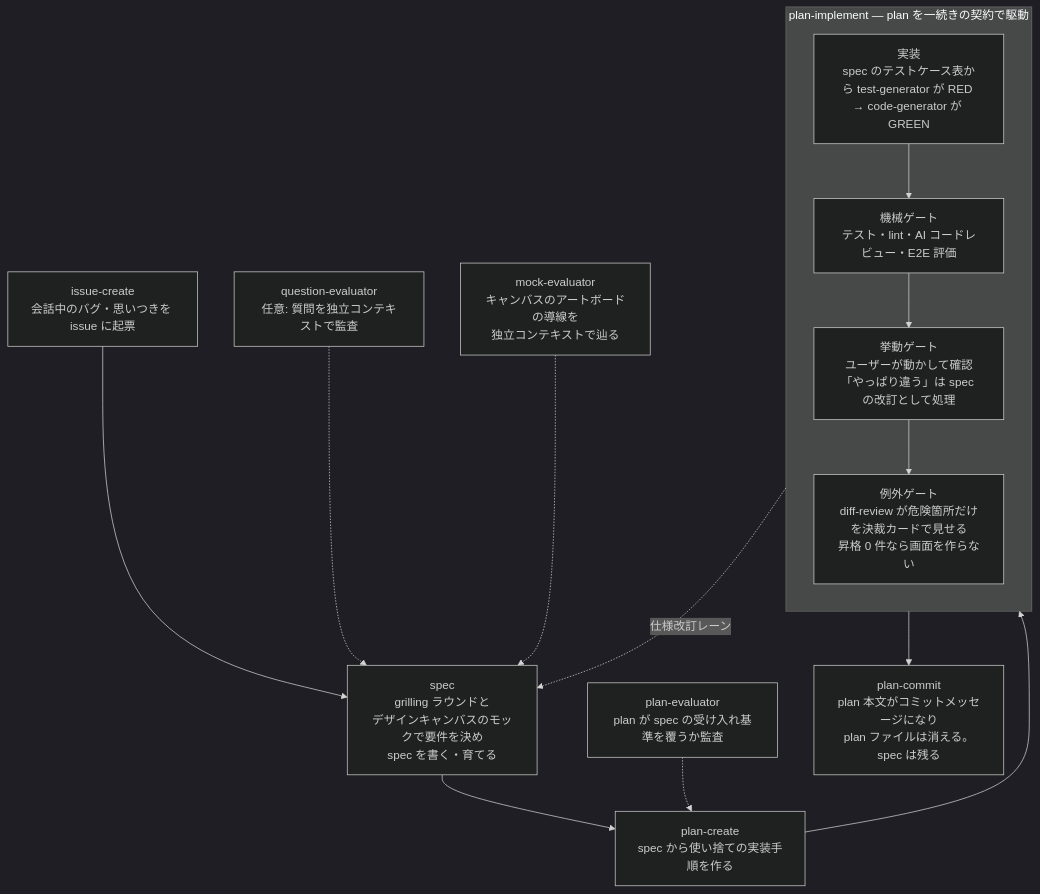
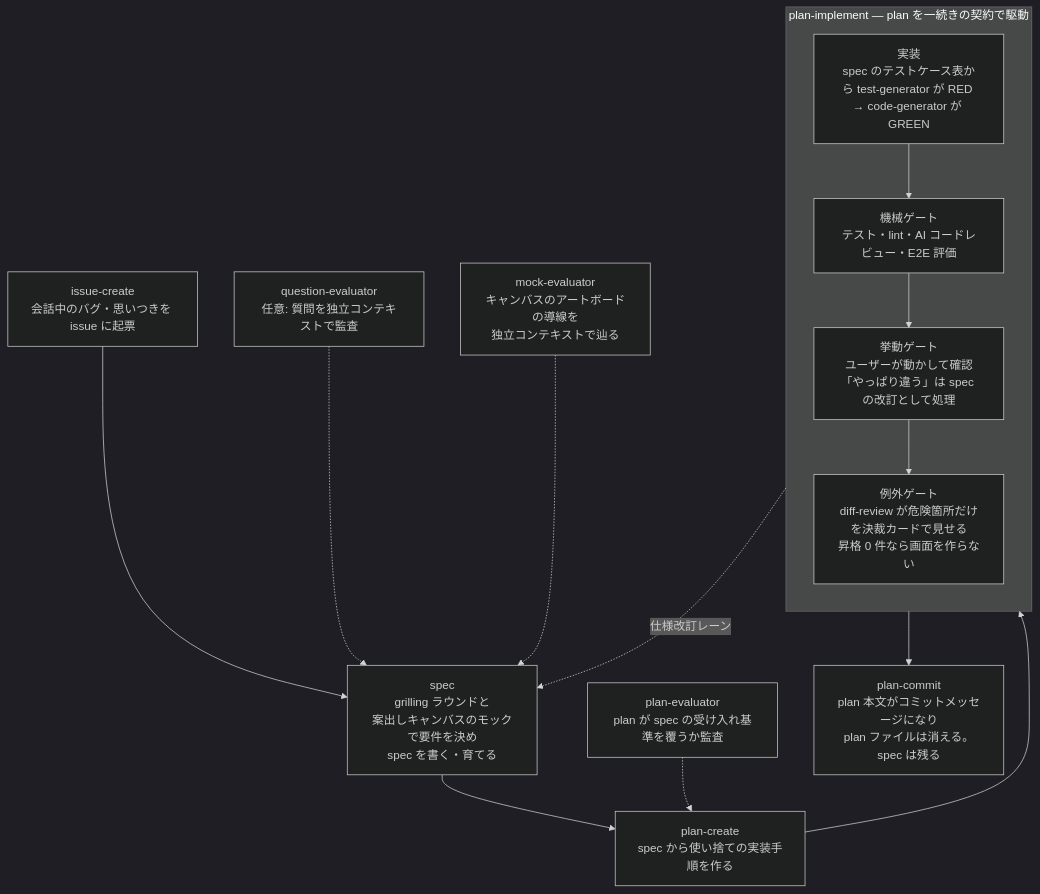
One commit to 4armsxlr8/agent-plugins changed the diagram in plugins/crystallize/README.md. Above: the diagram before and after it, drawn with Mermaid (dark theme). The commit also changed other lines of this file and 8 other files, not shown here.

````diff
--- a/plugins/crystallize/README.md
+++ b/plugins/crystallize/README.md
@@ -17,18 +17,18 @@
 ```mermaid
 flowchart TD
     I[issue-create<br>会話中のバグ・思いつきを issue に起票] --> S
-    S[spec<br>grilling ラウンドと<br>デザインキャンバスのモックで要件を決め<br>spec を書く・育てる] --> PL
+    S[spec<br>grilling ラウンドと<br>案出しキャンバスのモックで要件を決め<br>spec を書く・育てる] --> PL
     Q[question-evaluator<br>任意: 質問を独立コンテキストで監査] -.-> S
     M[mock-evaluator<br>キャンバスのアートボードの導線を<br>独立コンテキストで辿る] -.-> S
     PL[plan-create<br>spec から使い捨ての実装手順を作る] --> P
     PE[plan-evaluator<br>plan が spec の受け入れ基準を覆うか監査] -.-> PL
     subgraph P[plan-implement — plan を一続きの契約で駆動]
         direction TB
         IM[実装<br>spec のテストケース表から test-generator が RED → code-generator が GREEN] --> G1
         G1[機械ゲート<br>テスト・lint・AI コードレビュー・E2E 評価] --> G2
         G2[挙動ゲート<br>ユーザーが動かして確認<br>「やっぱり違う」は spec の改訂として処理] --> G3
         G3[例外ゲート<br>diff-review が危険箇所だけを決裁カードで見せる<br>昇格 0 件なら画面を作らない]
     end
     G2 -. 仕様改訂レーン .-> S
     P --> C[plan-commit<br>plan 本文がコミットメッセージになり<br>plan ファイルは消える。spec は残る]
 ```
````
